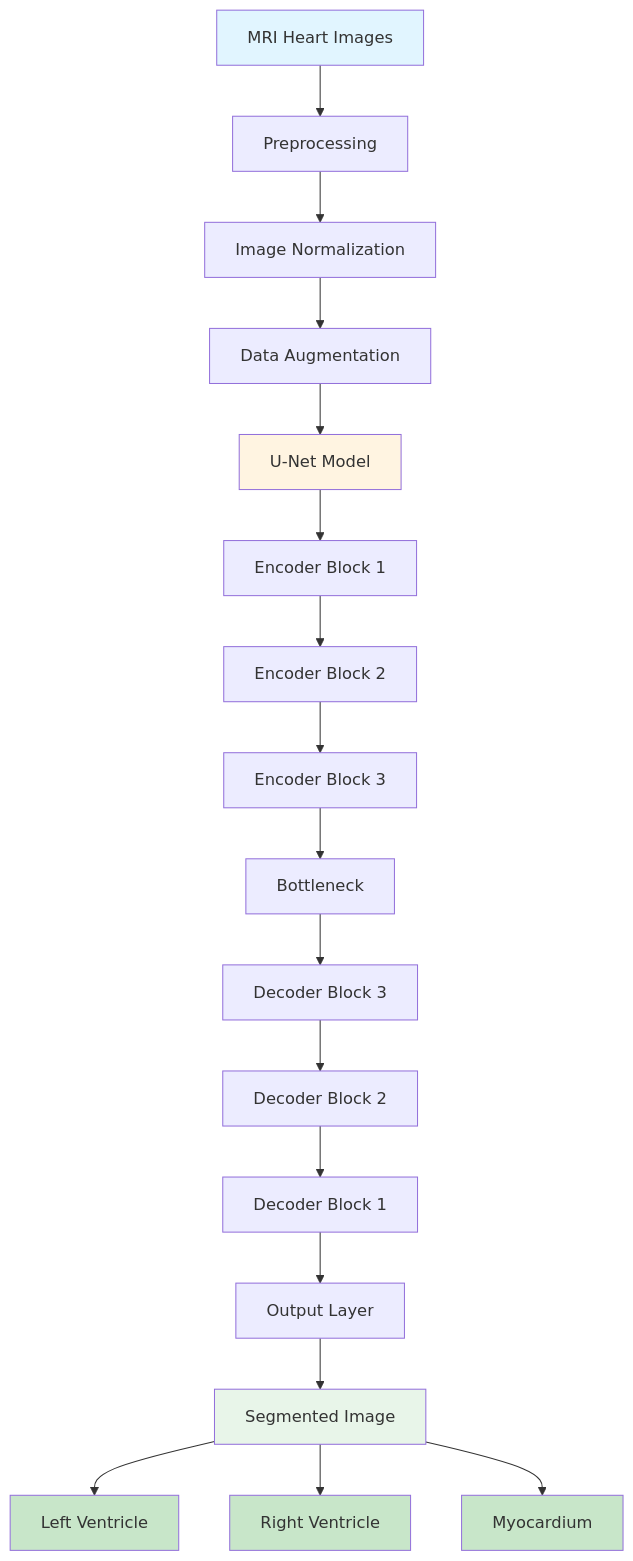
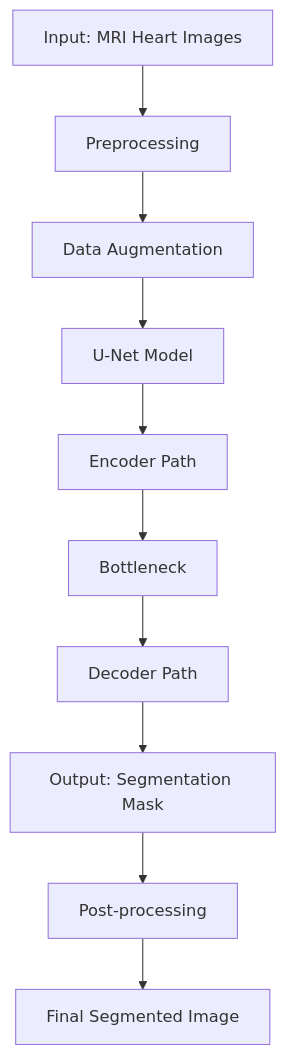
Before and after one commit to Darkwebnew/Miniproject: the diagram in README.md, drawn with Mermaid. The commit also changed other lines of this file, not shown here.

Commit message:
Update Team section with both project members
Added Darkwebnew (HARISH_AMMU_15) as Project Lead & Developer and updated surothaaman role to Contributor. Both team members now appear in the Team section with their avatars and GitHub profile links.

````diff
--- a/README.md
+++ b/README.md
@@ -61,28 +59,12 @@
 ```mermaid
 graph TB
-    A[MRI Heart Images] --> B[Preprocessing]
-    B --> C[Image Normalization]
-    C --> D[Data Augmentation]
-    D --> E[U-Net Model]
-    
-    E --> F[Encoder Block 1]
-    F --> G[Encoder Block 2]
-    G --> H[Encoder Block 3]
-    H --> I[Bottleneck]
-    I --> J[Decoder Block 3]
-    J --> K[Decoder Block 2]
-    K --> L[Decoder Block 1]
-    
-    L --> M[Output Layer]
-    M --> N[Segmented Image]
-    N --> O[Left Ventricle]
-    N --> P[Right Ventricle]
-    N --> Q[Myocardium]
-    
-    style A fill:#e1f5ff
-    style E fill:#fff4e1
-    style N fill:#e8f5e9
-    style O fill:#c8e6c9
-    style P fill:#c8e6c9
-    style Q fill:#c8e6c9
+    A[Input: MRI Heart Images] --> B[Preprocessing]
+    B --> C[Data Augmentation]
+    C --> D[U-Net Model]
+    D --> E[Encoder Path]
+    E --> F[Bottleneck]
+    F --> G[Decoder Path]
+    G --> H[Output: Segmentation Mask]
+    H --> I[Post-processing]
+    I --> J[Final Segmented Image]
 ```
````
